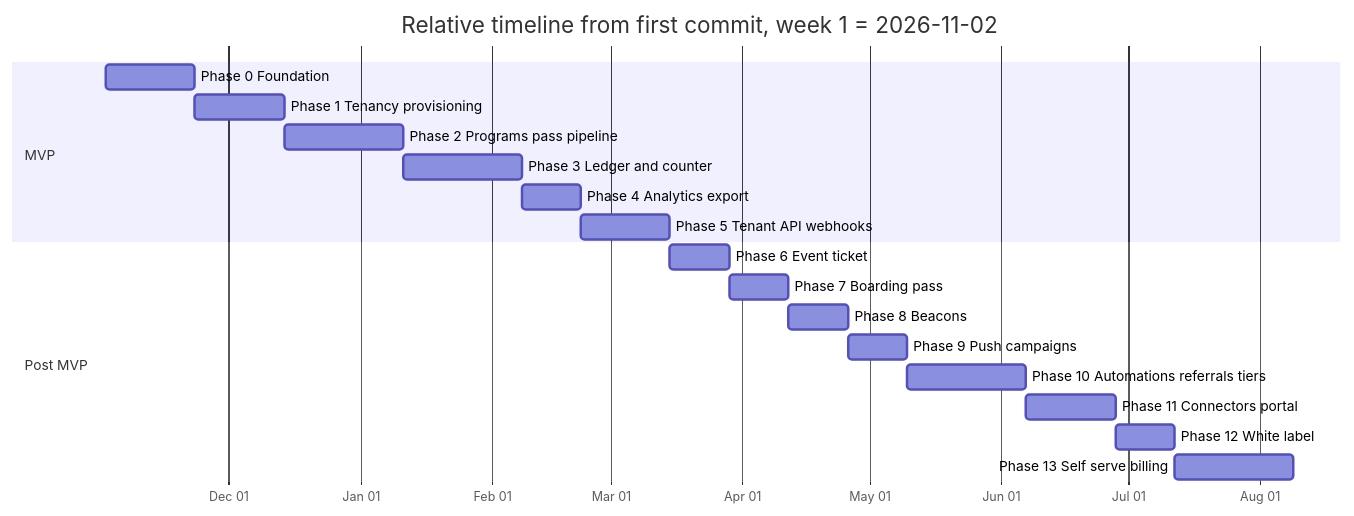
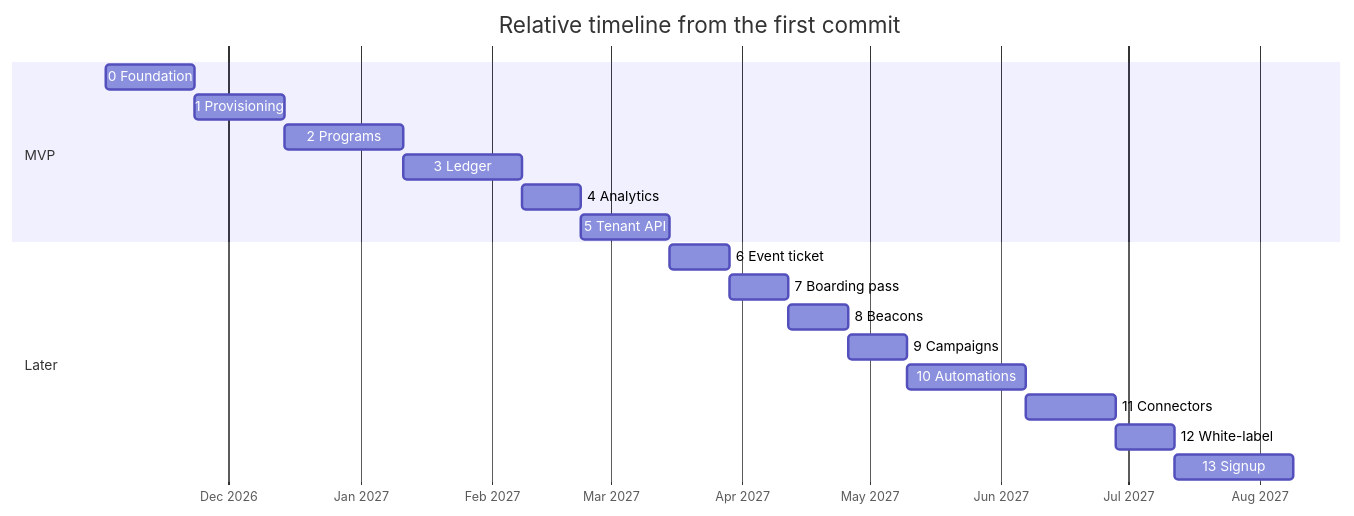
Before and after one commit to fahadasnan/hermes-council: the second of 2 diagrams in output/plan/IMPLEMENTATION_PLAN.md, drawn with Mermaid. The commit also changed other lines of this file and 2 other files, not shown here.

Commit message:
Auto: council progress 13:28 - 3 file(s): IMPLEMENTATION_PLAN.md, mermaid-0.png, mermaid-1.png

````diff
--- a/output/plan/IMPLEMENTATION_PLAN.md
+++ b/output/plan/IMPLEMENTATION_PLAN.md
@@ -40,22 +39,23 @@
 ```mermaid
 gantt
-  title Relative timeline from first commit, week 1 = 2026-11-02
+  title Relative timeline from the first commit
   dateFormat YYYY-MM-DD
-  axisFormat %b %d
+  axisFormat %b %Y
+  tickInterval 1month
   section MVP
-  Phase 0 Foundation            :p0, 2026-11-02, 21d
-  Phase 1 Tenancy provisioning  :p1, after p0, 21d
-  Phase 2 Programs pass pipeline :p2, after p1, 28d
-  Phase 3 Ledger and counter    :p3, after p2, 28d
-  Phase 4 Analytics export      :p4, after p3, 14d
-  Phase 5 Tenant API webhooks   :p5, after p4, 21d
-  section Post MVP
-  Phase 6 Event ticket          :p6, after p5, 14d
-  Phase 7 Boarding pass         :p7, after p6, 14d
-  Phase 8 Beacons               :p8, after p7, 14d
-  Phase 9 Push campaigns        :p9, after p8, 14d
-  Phase 10 Automations referrals tiers :p10, after p9, 28d
-  Phase 11 Connectors portal    :p11, after p10, 21d
-  Phase 12 White label          :p12, after p11, 14d
-  Phase 13 Self serve billing   :p13, after p12, 28d
+  0 Foundation     :p0, 2026-11-02, 21d
+  1 Provisioning   :p1, after p0, 21d
+  2 Programs       :p2, after p1, 28d
+  3 Ledger         :p3, after p2, 28d
+  4 Analytics      :p4, after p3, 14d
+  5 Tenant API     :p5, after p4, 21d
+  section Later
+  6 Event ticket   :p6, after p5, 14d
+  7 Boarding pass  :p7, after p6, 14d
+  8 Beacons        :p8, after p7, 14d
+  9 Campaigns      :p9, after p8, 14d
+  10 Automations   :p10, after p9, 28d
+  11 Connectors    :p11, after p10, 21d
+  12 White-label   :p12, after p11, 14d
+  13 Signup        :p13, after p12, 28d
 ```
````
